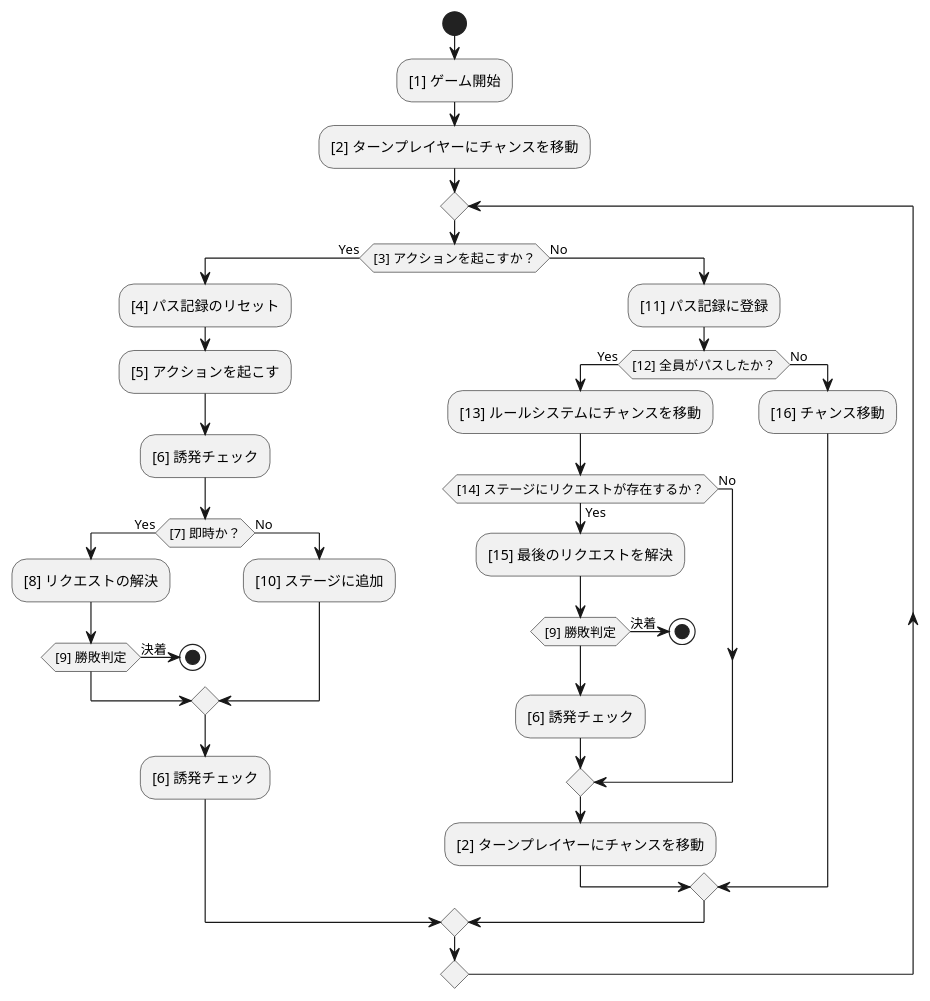
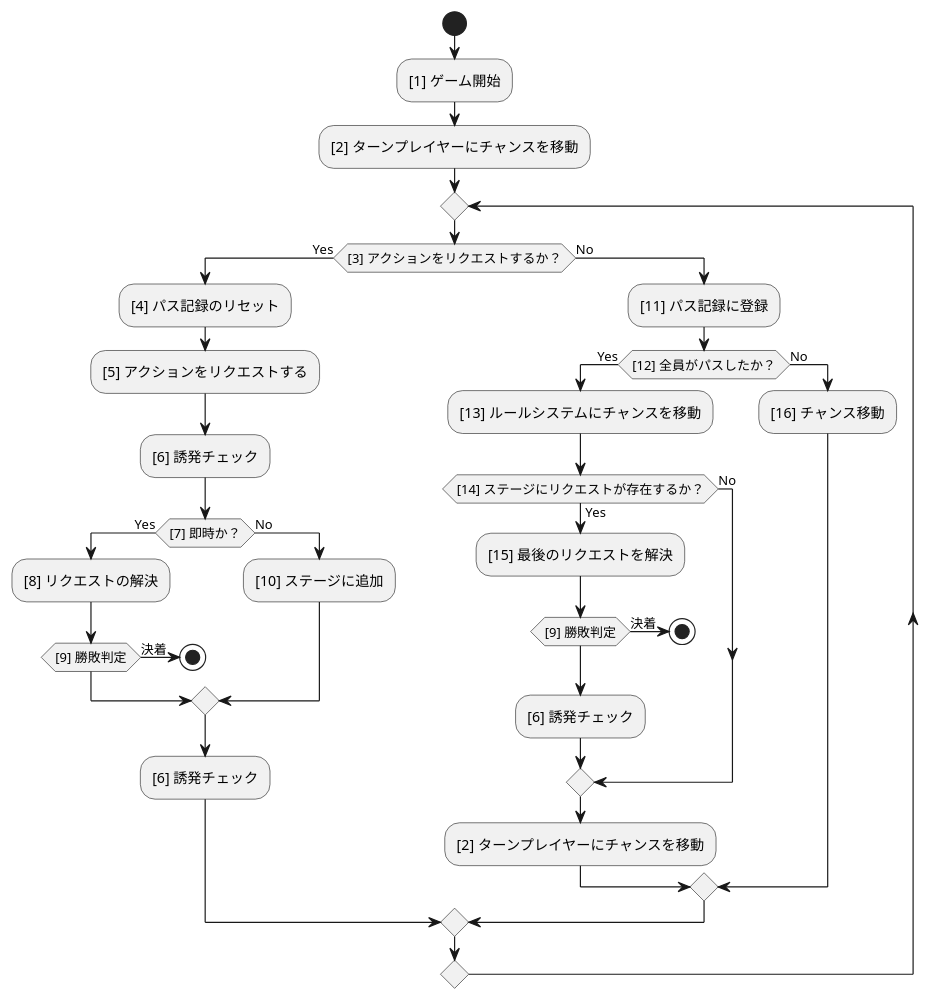
The diagram in source/core/coreflow.puml (BlackPoker/BlackPoker), drawn with PlantUML before and after one commit. The commit also changed 2 other files, not shown here.

```diff
--- a/source/core/coreflow.puml
+++ b/source/core/coreflow.puml
@@ -1,37 +1,37 @@
 @startuml
 start
 :[1] ゲーム開始;
 :[2] ターンプレイヤーにチャンスを移動;
 repeat
-if ([3] アクションを起こすか？) then (Yes)
+if ([3] アクションをリクエストするか？) then (Yes)
     :[4] パス記録のリセット;
-    :[5] アクションを起こす;
+    :[5] アクションをリクエストする;
     :[6] 誘発チェック;
     if ([7] 即時か？) then (Yes)
         :[8] リクエストの解決;
         if ([9] 勝敗判定) then (決着)
             stop
         endif
     else (No)
         :[10] ステージに追加;
     endif
     :[6] 誘発チェック;
 else (No)
     :[11] パス記録に登録;
     if ([12] 全員がパスしたか？) then (Yes)
         :[13] ルールシステムにチャンスを移動;
         if ([14] ステージにリクエストが存在するか？) then (Yes)
             :[15] 最後のリクエストを解決;
             if ([9] 勝敗判定) then (決着)
                 stop
             endif
             :[6] 誘発チェック;
         else (No)
         endif
         :[2] ターンプレイヤーにチャンスを移動;
     else (No)
         :[16] チャンス移動;
     endif
 endif
 repeat while()
 @enduml
```
